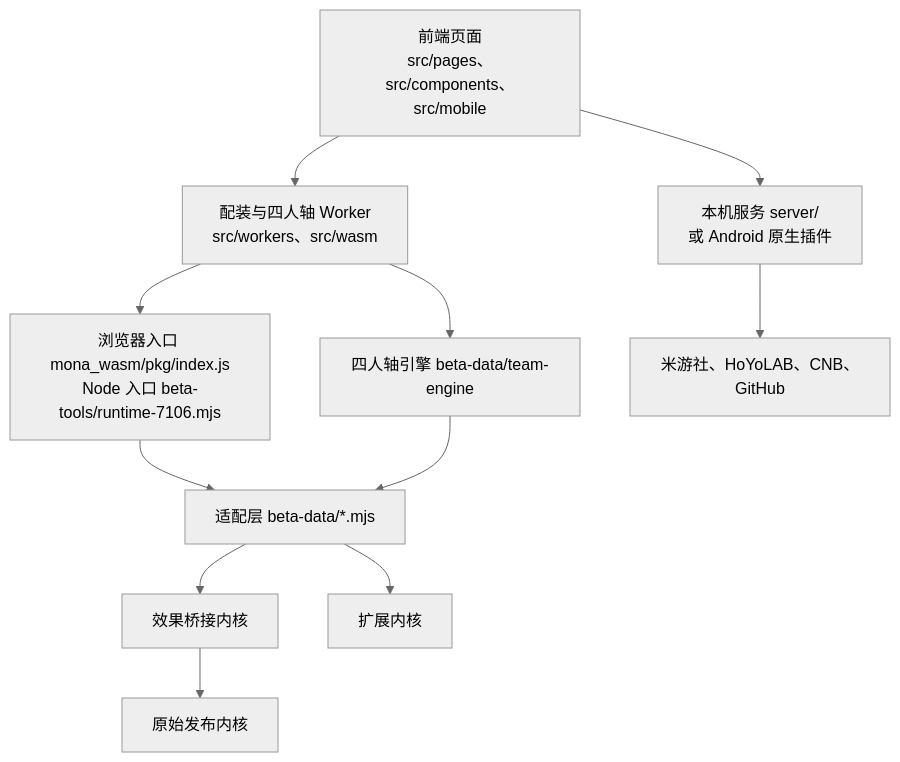
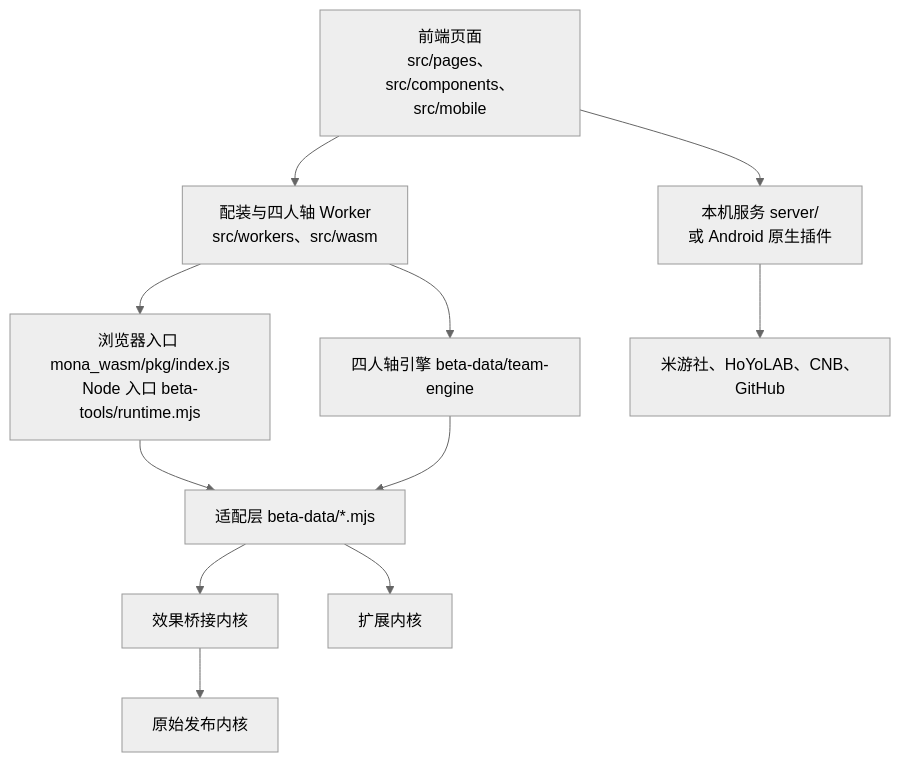
Before and after one commit to TwiceDrop/genshin_artifact: the diagram in docs/dev/architecture.md, drawn with Mermaid (neutral theme). The commit also changed other lines of this file and 108 other files, not shown here.

First line of the commit message:
Rename the Node entry to beta-tools/runtime.mjs (cleanup 09)

````diff
--- a/docs/dev/architecture.md
+++ b/docs/dev/architecture.md
@@ -7,19 +7,19 @@
 ```mermaid
 flowchart TD
     UI[前端页面<br/>src/pages、src/components、src/mobile]
     Worker[配装与四人轴 Worker<br/>src/workers、src/wasm]
-    Entry[浏览器入口 mona_wasm/pkg/index.js<br/>Node 入口 beta-tools/runtime-7106.mjs]
+    Entry[浏览器入口 mona_wasm/pkg/index.js<br/>Node 入口 beta-tools/runtime.mjs]
     Adapter[适配层 beta-data/*.mjs]
     Team[四人轴引擎 beta-data/team-engine]
     Original[原始发布内核]
     Bridge[效果桥接内核]
     Ext[扩展内核]
     Local[本机服务 server/<br/>或 Android 原生插件]
     Remote[米游社、HoYoLAB、CNB、GitHub]
 
     UI --> Worker --> Entry --> Adapter
     Adapter --> Bridge --> Original
     Adapter --> Ext
     Worker --> Team --> Adapter
     UI --> Local --> Remote
 ```
````
